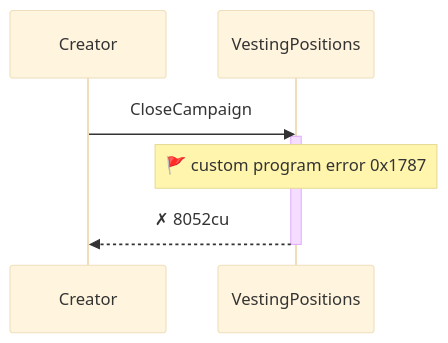
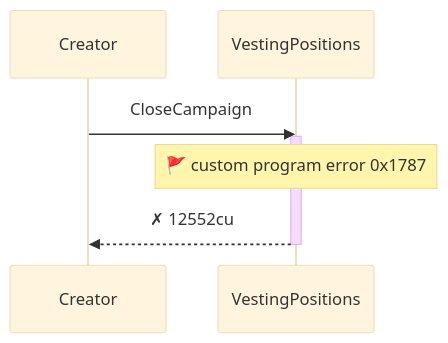
One commit to cds-turbin3/vesting-position changed the fourth of 6 diagrams in babelfish-tests/test-report/close_campaign_fails_when_vault_not_empty.md. Above: the diagram before and after it, drawn with Mermaid (base theme). The commit also changed other lines of this file and 106 other files, not shown here.

````diff
--- a/babelfish-tests/test-report/close_campaign_fails_when_vault_not_empty.md
+++ b/babelfish-tests/test-report/close_campaign_fails_when_vault_not_empty.md
@@ -198,10 +202,10 @@
 ```mermaid
 sequenceDiagram
     participant p0 as Creator
     participant p1 as VestingPositions
     p0->>p1: CloseCampaign
     activate p1
     note over p1: 🚩 custom program error  0x1787
-    p1-->>p0: ✗ 8052cu
+    p1-->>p0: ✗ 12552cu
     deactivate p1
 ```
````
